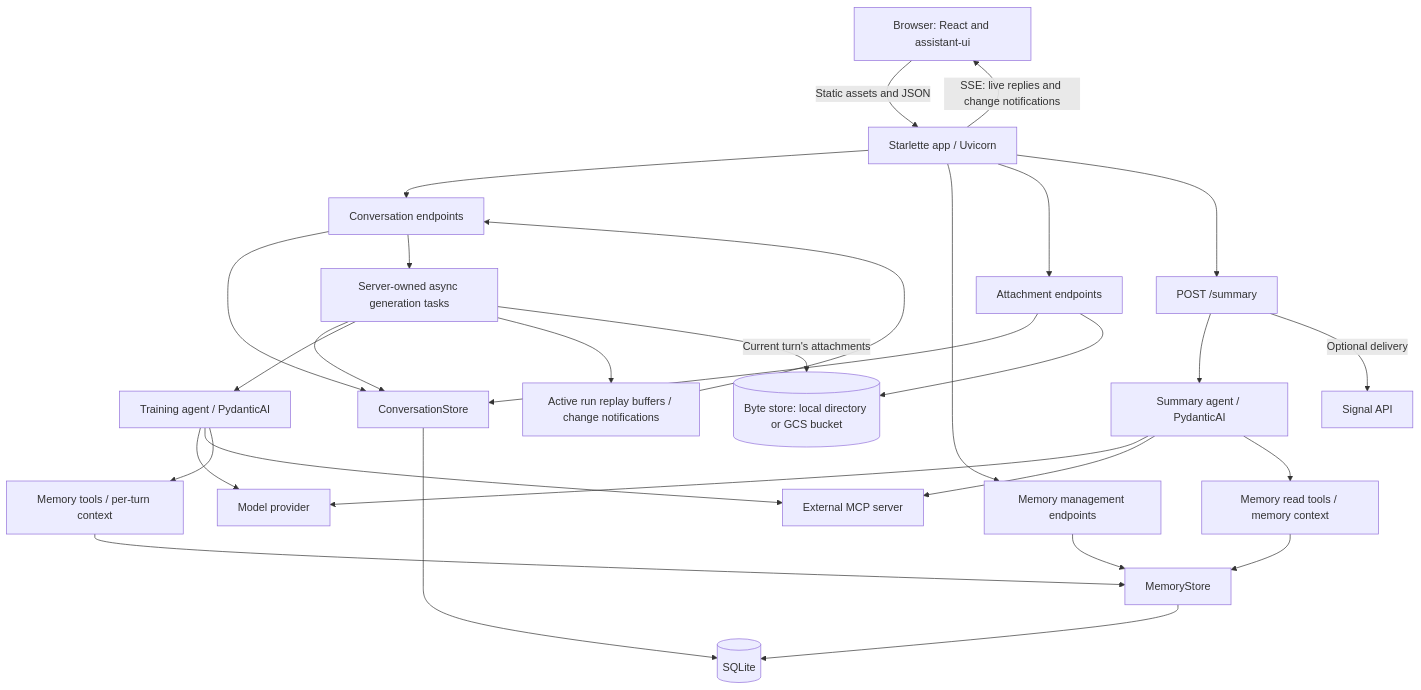
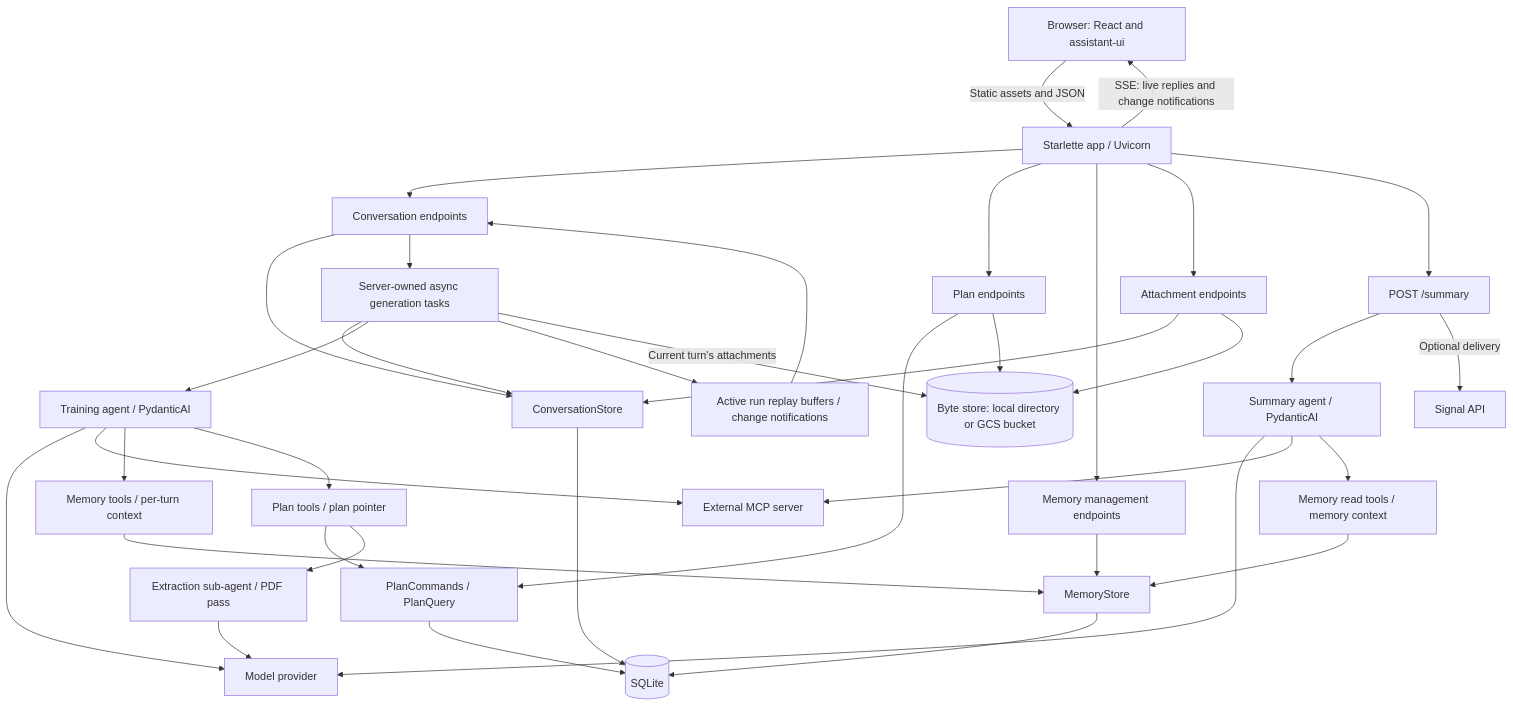
The first of 2 diagrams in docs/application-components.md (atorma/training-ai), drawn with Mermaid before and after one commit. The commit also changed other lines of this file and 45 other files, not shown here.

````diff
--- a/docs/application-components.md
+++ b/docs/application-components.md
@@ -5,31 +5,39 @@
 ```mermaid
 flowchart TD
     Browser[Browser: React and assistant-ui] -->|Static assets and JSON| Web[Starlette app / Uvicorn]
     Web -->|SSE: live replies and change notifications| Browser
     Web --> Chat[Conversation endpoints]
     Chat --> Store[ConversationStore]
     Store --> DB[(SQLite)]
     Chat --> Tasks[Server-owned async generation tasks]
     Tasks --> Store
     Tasks --> Training[Training agent / PydanticAI]
     Tasks --> Events[Active run replay buffers / change notifications]
     Events --> Chat
     Training --> Provider[Model provider]
     Training --> MCP[External MCP server]
     Training --> Memory[Memory tools / per-turn context]
+    Training --> PlanTools[Plan tools / plan pointer]
+    PlanTools --> PlanStore[PlanCommands / PlanQuery]
+    PlanTools --> Extractor[Extraction sub-agent / PDF pass]
+    Extractor --> Provider
+    PlanStore --> DB
+    Web --> PlanAPI[Plan endpoints]
+    PlanAPI --> PlanStore
+    PlanAPI --> Bytes
     Web --> MemoryAPI[Memory management endpoints]
     MemoryAPI --> MemoryStore[MemoryStore]
     Memory --> MemoryStore
     MemoryStore --> DB
     Web --> AttachmentAPI[Attachment endpoints]
     AttachmentAPI --> Store
     AttachmentAPI --> Bytes[(Byte store: local directory or GCS bucket)]
     Tasks -->|Current turn's attachments| Bytes
     Web --> Summary[POST /summary]
     Summary --> SummaryAgent[Summary agent / PydanticAI]
     SummaryAgent --> Provider
     SummaryAgent --> MCP
     SummaryAgent --> MemoryRead[Memory read tools / memory context]
     MemoryRead --> MemoryStore
     Summary -->|Optional delivery| Signal[Signal API]
 ```
````
